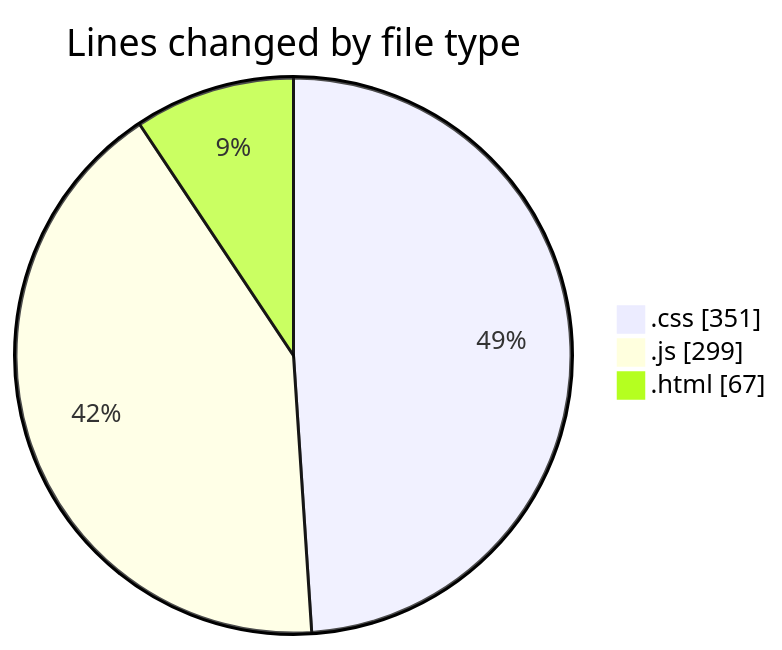
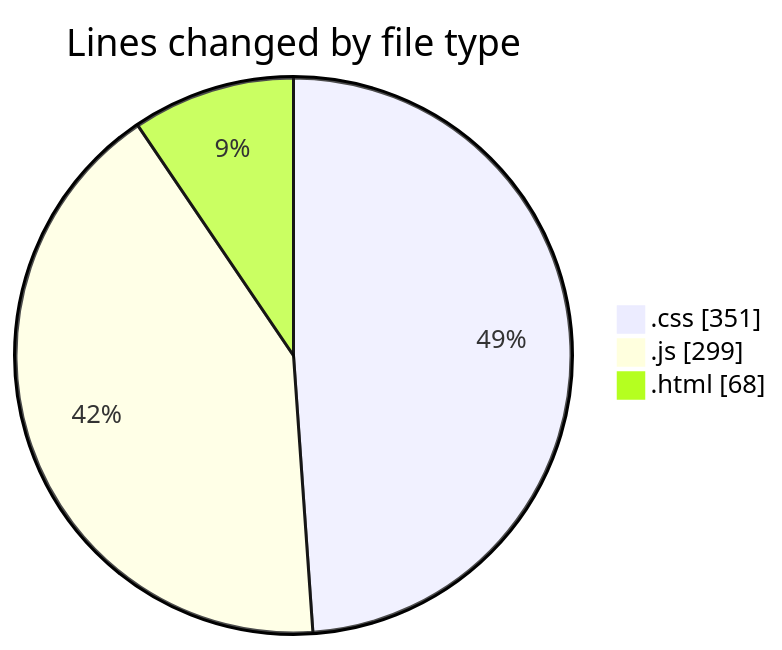
Before and after one commit to Ritupan-Deka/code-tracking: the first of 2 diagrams in 2025-06-01/projects/README.md, drawn with Mermaid. The commit also changed other lines of this file and 1 other file, not shown here.

````diff
--- a/2025-06-01/projects/README.md
+++ b/2025-06-01/projects/README.md
@@ -25,7 +25,7 @@
 ```mermaid
 pie showData
 title Lines changed by file type
 ".css" : 351
 ".js" : 299
-".html" : 67
+".html" : 68
 ```
````
